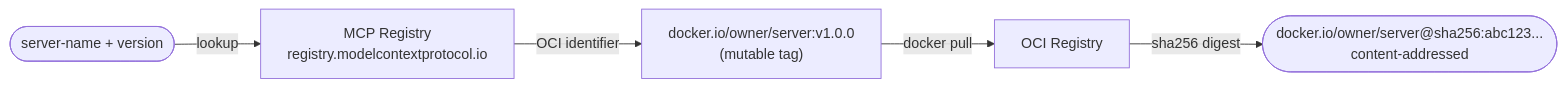
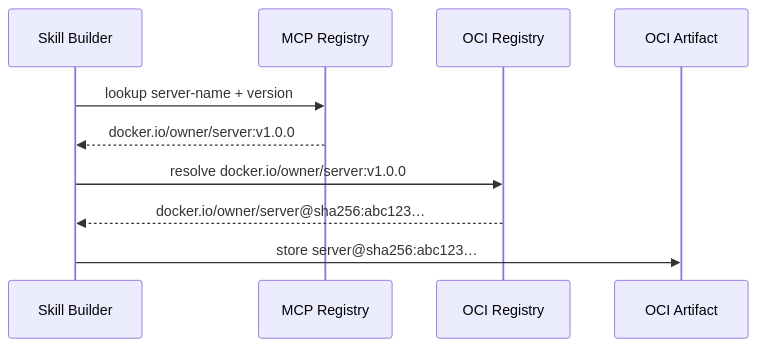
The first of 3 diagrams in mcp-dev-summit-2026/slides.md (bobbyhouse/talks), drawn with Mermaid before and after one commit. The commit also changed other lines of this file and 4 other files, not shown here.

````diff
--- a/mcp-dev-summit-2026/slides.md
+++ b/mcp-dev-summit-2026/slides.md
@@ -72,13 +72,15 @@
 ```mermaid
-flowchart LR
-    A(["server-name + version"])
-    B["MCP Registry\nregistry.modelcontextprotocol.io"]
-    C["docker.io/owner/server:v1.0.0\n(mutable tag)"]
-    D["OCI Registry"]
-    E(["docker.io/owner/server@sha256:abc123...\ncontent-addressed"])
+sequenceDiagram
+    participant SB as Skill Builder
+    participant Registry as MCP Registry
+    participant OCI as OCI Registry
+    participant Artifact as OCI Artifact
 
-    A -->|"lookup"| B
-    B -->|"OCI identifier"| C
-    C -->|"docker pull"| D
-    D -->|"sha256 digest"| E
+    SB->>Registry: lookup server-name + version
+    Registry-->>SB: docker.io/owner/server:v1.0.0
+
+    SB->>OCI: resolve docker.io/owner/server:v1.0.0
+    OCI-->>SB: docker.io/owner/server@sha256:abc123…
+
+    SB->>Artifact: store server@sha256:abc123…
 ```
````
